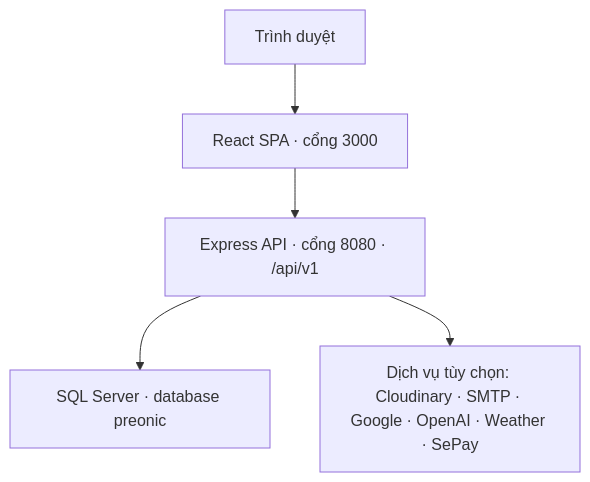
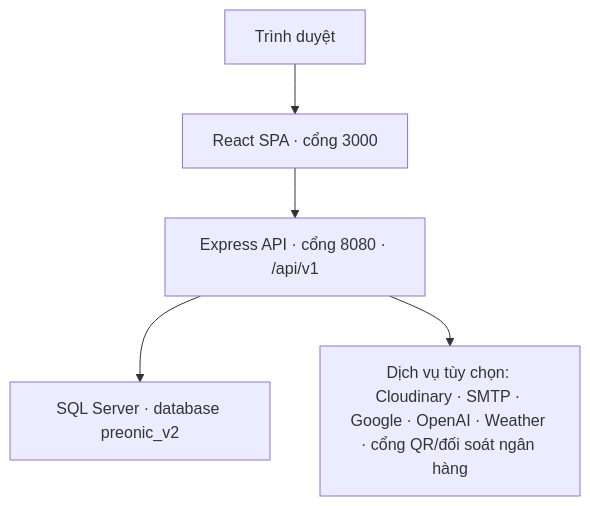
The first of 2 diagrams in README.md (bovlnguyn/Preonic), drawn with Mermaid before and after one commit. The commit also changed other lines of this file and 134 other files, not shown here.

````diff
--- a/README.md
+++ b/README.md
@@ -72,7 +72,7 @@
 ```mermaid
 flowchart TD
     A["Trình duyệt"] --> B["React SPA · cổng 3000"]
     B --> C["Express API · cổng 8080 · /api/v1"]
-    C --> D["SQL Server · database preonic"]
-    C --> E["Dịch vụ tùy chọn: Cloudinary · SMTP · Google · OpenAI · Weather · SePay"]
+    C --> D["SQL Server · database preonic_v2"]
+    C --> E["Dịch vụ tùy chọn: Cloudinary · SMTP · Google · OpenAI · Weather · cổng QR/đối soát ngân hàng"]
 ```
````
